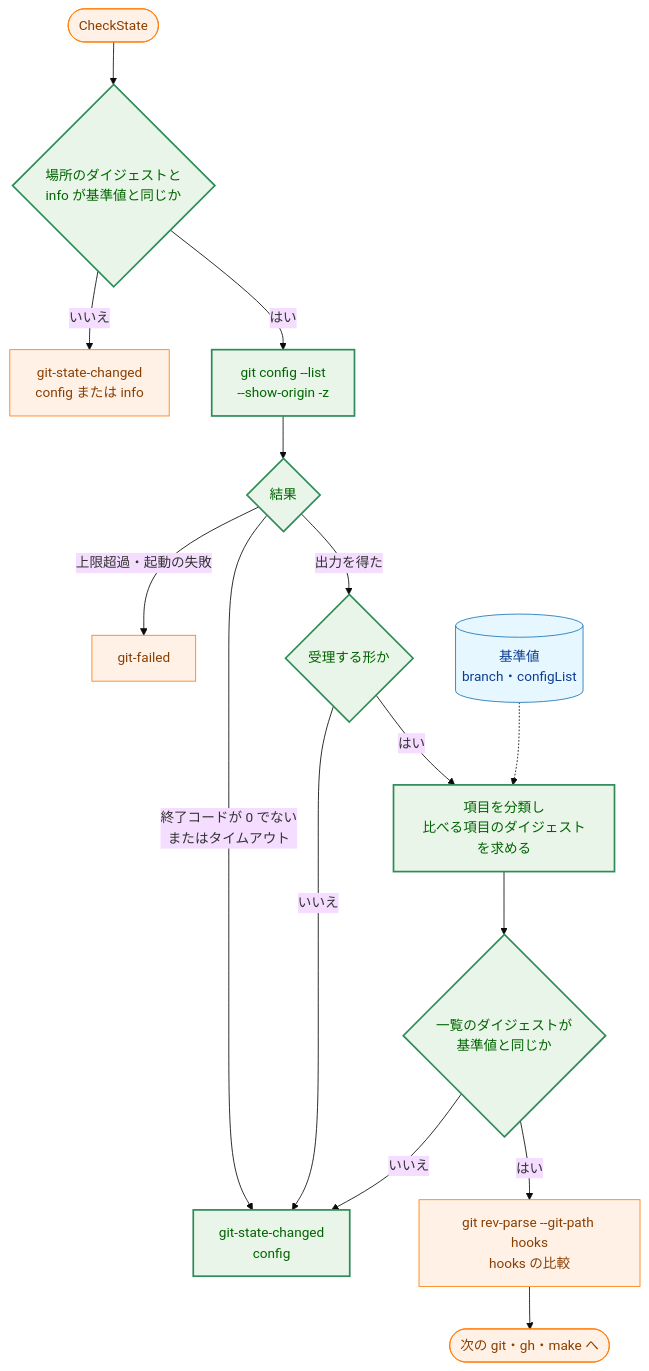
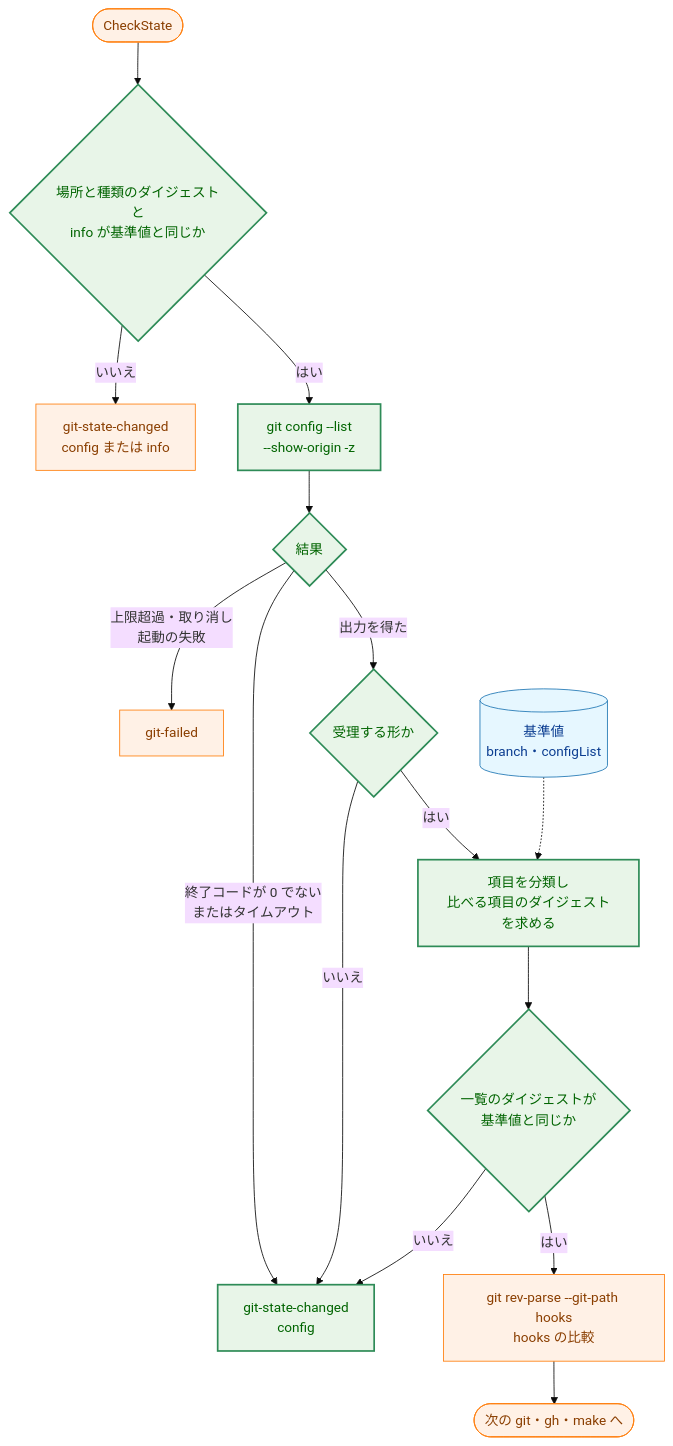
The eighth of 9 diagrams in docs/tasks/0035_fixprguard_branch_config/02_architecture.md (isseis/yt2column), drawn with Mermaid (base theme) before and after one commit. The commit also changed other lines of this file, not shown here.

First line of the commit message:
docs(0035): address the architecture review findings

````diff
--- a/docs/tasks/0035_fixprguard_branch_config/02_architecture.md
+++ b/docs/tasks/0035_fixprguard_branch_config/02_architecture.md
@@ -469,25 +516,25 @@
 ```mermaid
 flowchart TD
     classDef data fill:#e6f7ff,stroke:#1f77b4,stroke-width:1px,color:#0b3d91;
     classDef process fill:#fff1e6,stroke:#ff7f0e,stroke-width:1px,color:#8a3e00;
     classDef enhanced fill:#e8f5e8,stroke:#2e8b57,stroke-width:2px,color:#006400;
 
-    S(["CheckState"]) --> LOC{"場所のダイジェストと<br>info が基準値と同じか"}
+    S(["CheckState"]) --> LOC{"場所と種類のダイジェストと<br>info が基準値と同じか"}
     LOC -->|"いいえ"| STOPF["git-state-changed<br>config または info"]
     LOC -->|"はい"| RUN["git config --list<br>--show-origin -z"]
     RUN --> RES{"結果"}
+    RES -->|"上限超過・取り消し<br>起動の失敗"| FAIL["git-failed"]
     RES -->|"終了コードが 0 でない<br>またはタイムアウト"| STOPC["git-state-changed<br>config"]
-    RES -->|"上限超過・起動の失敗"| FAIL["git-failed"]
     RES -->|"出力を得た"| PARSE{"受理する形か"}
     PARSE -->|"いいえ"| STOPC
     PARSE -->|"はい"| CLS["項目を分類し<br>比べる項目のダイジェストを求める"]
     BASE[("基準値<br>branch・configList")] -.-> CLS
     CLS --> CMP{"一覧のダイジェストが<br>基準値と同じか"}
     CMP -->|"いいえ"| STOPC
     CMP -->|"はい"| HOOKS["git rev-parse --git-path hooks<br>hooks の比較"]
     HOOKS --> E(["次の git・gh・make へ"])
 
     class BASE data
     class S,STOPF,FAIL,HOOKS,E process
     class LOC,RUN,RES,PARSE,CLS,CMP,STOPC enhanced
 ```
````
